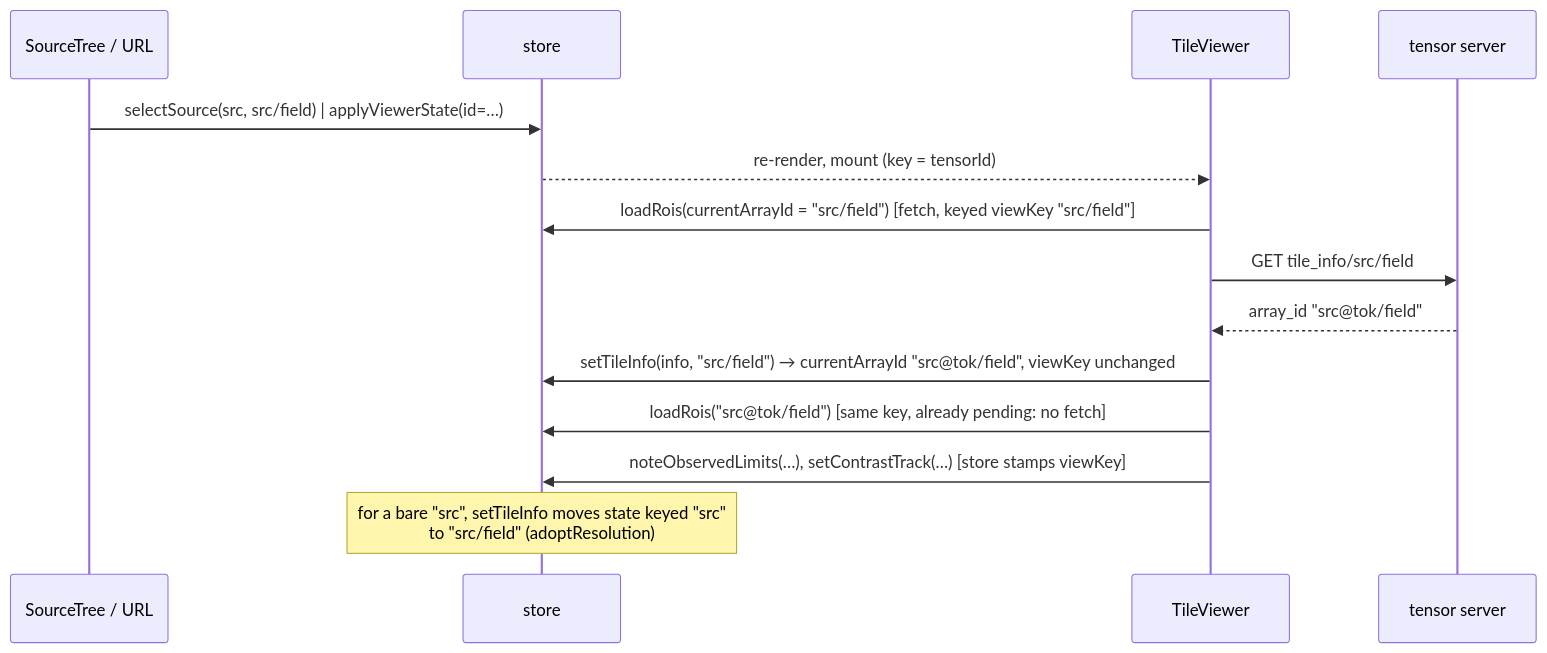
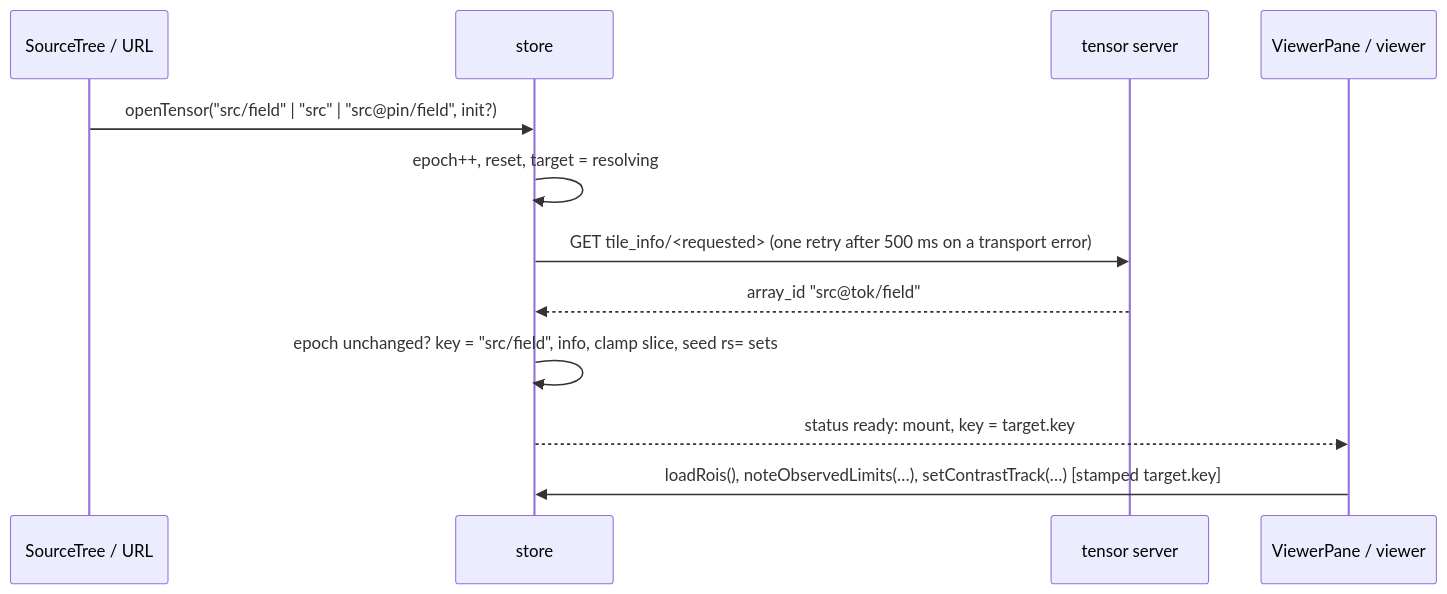
Before and after one commit to biopb/biopb: the diagram in web/docs/viewer-architecture.md, drawn with Mermaid. The commit also changed other lines of this file and 11 other files, not shown here.

First line of the commit message:
spa: resolve the viewed tensor in the store before a viewer mounts (openTensor + ViewTarget)

````diff
--- a/web/docs/viewer-architecture.md
+++ b/web/docs/viewer-architecture.md
@@ -93,16 +83,14 @@
 ```mermaid
 sequenceDiagram
   participant T as SourceTree / URL
   participant S as store
-  participant V as TileViewer
   participant H as tensor server
-  T->>S: selectSource(src, src/field)  |  applyViewerState(id=…)
-  S-->>V: re-render, mount (key = tensorId)
-  V->>S: loadRois(currentArrayId = "src/field")      [fetch, keyed viewKey "src/field"]
-  V->>H: GET tile_info/src/field
-  H-->>V: array_id "src@tok/field"
-  V->>S: setTileInfo(info, "src/field")  → currentArrayId "src@tok/field", viewKey unchanged
-  V->>S: loadRois("src@tok/field")                   [same key, already pending: no fetch]
-  V->>S: noteObservedLimits(…), setContrastTrack(…)  [store stamps viewKey]
-  Note over S: for a bare "src", setTileInfo moves state keyed "src"<br/>to "src/field" (adoptResolution)
+  participant V as ViewerPane / viewer
+  T->>S: openTensor("src/field" | "src" | "src@pin/field", init?)
+  S->>S: epoch++, reset, target = resolving
+  S->>H: GET tile_info/<requested>   (one retry after 500 ms on a transport error)
+  H-->>S: array_id "src@tok/field"
+  S->>S: epoch unchanged? key = "src/field", info, clamp slice, seed rs= sets
+  S-->>V: status ready: mount, key = target.key
+  V->>S: loadRois(), noteObservedLimits(…), setContrastTrack(…)   [stamped target.key]
 ```
````
